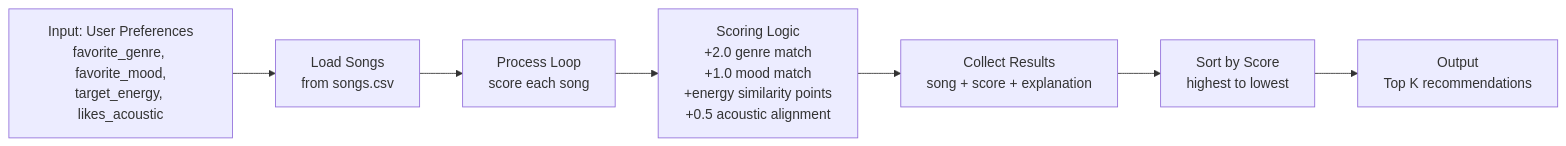
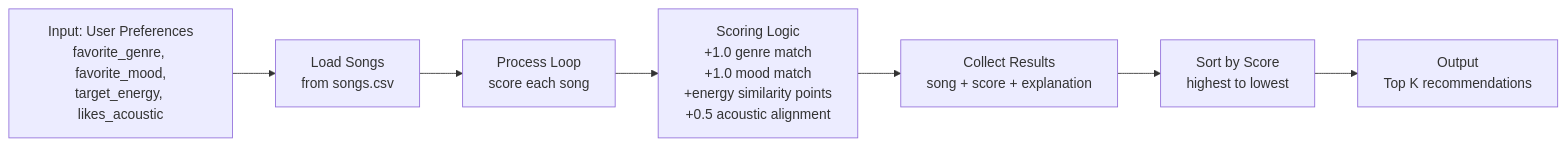
Before and after one commit to Pritigrg/applied-ai-system-project: the diagram in README.md, drawn with Mermaid. The commit also changed other lines of this file, not shown here.

Commit message:
Sync README data flow with current scoring weights

````diff
--- a/README.md
+++ b/README.md
@@ -62,9 +62,9 @@
 ```mermaid
 flowchart LR
     A[Input: User Preferences\nfavorite_genre, favorite_mood,\ntarget_energy, likes_acoustic] --> B[Load Songs\nfrom songs.csv]
     B --> C[Process Loop\nscore each song]
-    C --> D[Scoring Logic\n+2.0 genre match\n+1.0 mood match\n+energy similarity points\n+0.5 acoustic alignment]
+    C --> D[Scoring Logic\n+1.0 genre match\n+1.0 mood match\n+energy similarity points\n+0.5 acoustic alignment]
     D --> E[Collect Results\nsong + score + explanation]
     E --> F[Sort by Score\nhighest to lowest]
     F --> G[Output\nTop K recommendations]
 ```
````
